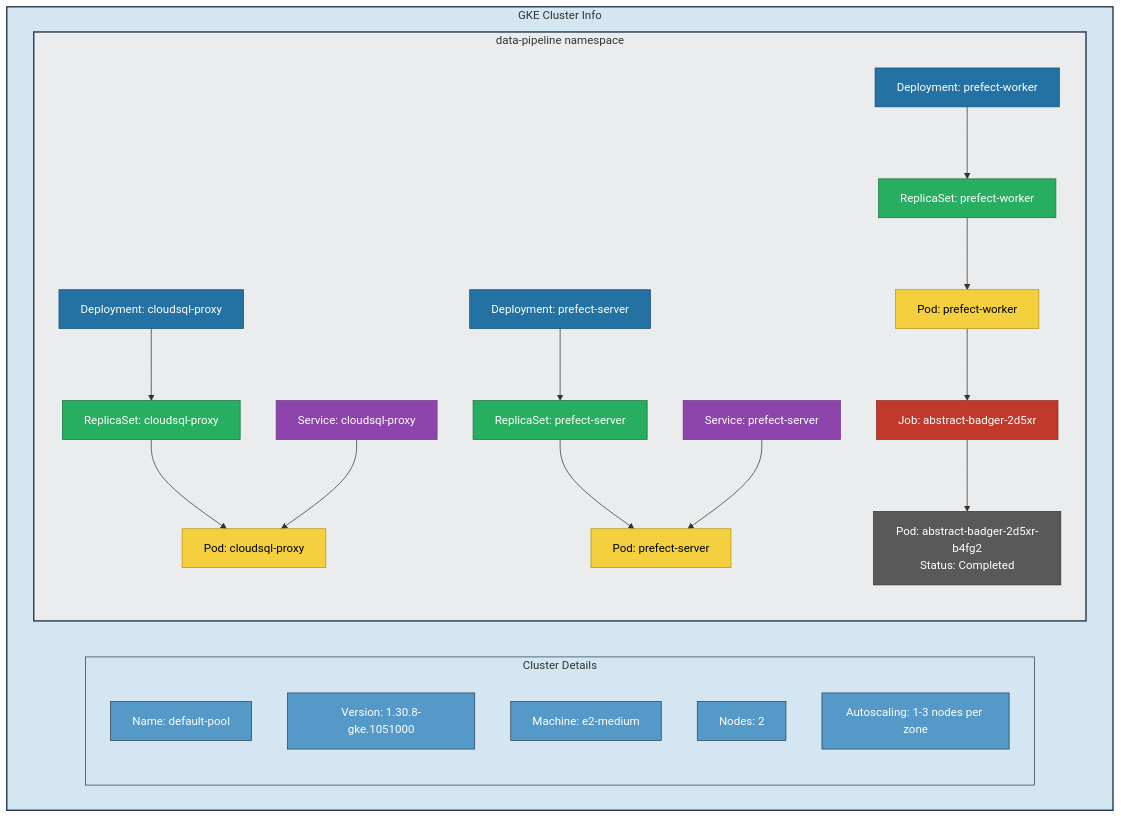
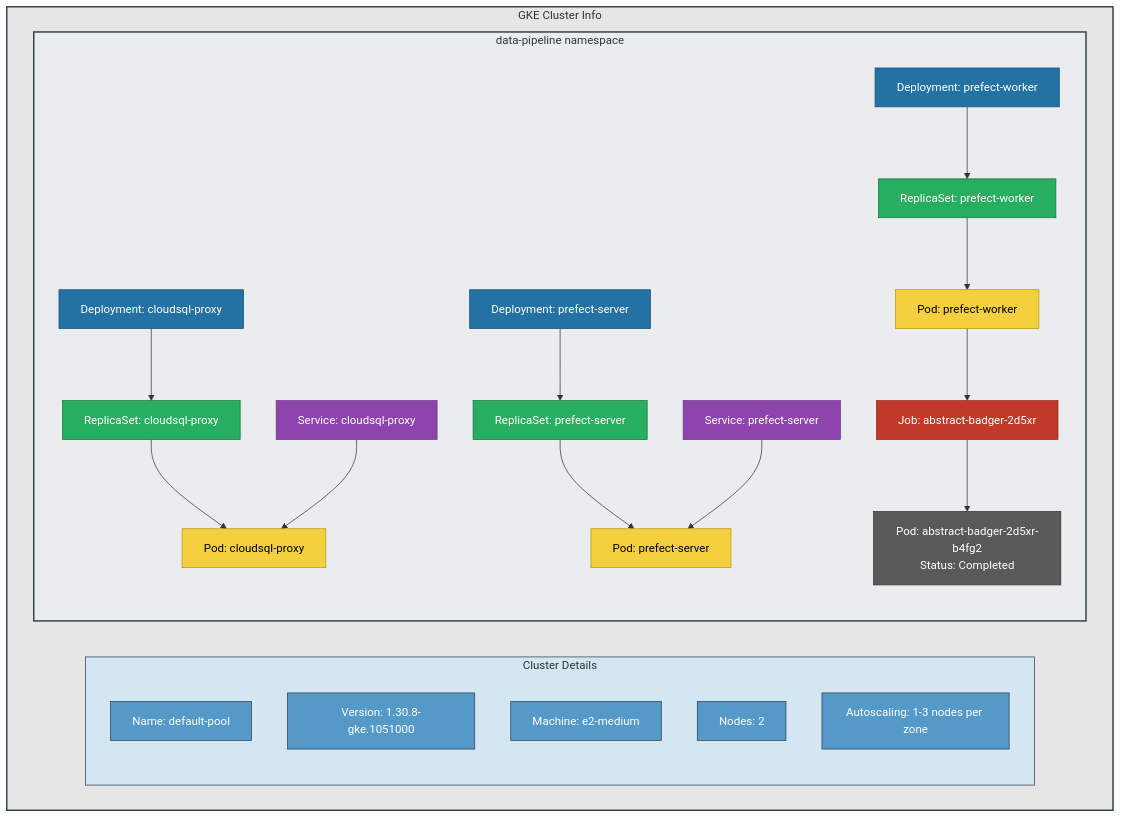
One commit to ero67/Cloud-Computing-Project changed the second of 2 diagrams in pipeline-project/docs/README.md. Above: the diagram before and after it, drawn with Mermaid.

Commit message:
background grey

````diff
--- a/pipeline-project/docs/README.md
+++ b/pipeline-project/docs/README.md
@@ -145,44 +145,44 @@
 ```mermaid
 graph TD
    subgraph GKE-Cluster[GKE Cluster Info]
        subgraph Cluster-Details[Cluster Details]
            CN[Name: default-pool]
            CV[Version: 1.30.8-gke.1051000]
            CM[Machine: e2-medium]
            CN2[Nodes: 2]
            CAS[Autoscaling: 1-3 nodes per zone]
        end
        subgraph Namespace[data-pipeline namespace]
            D1[Deployment: cloudsql-proxy] --> RS1[ReplicaSet: cloudsql-proxy]
            D2[Deployment: prefect-server] --> RS2[ReplicaSet: prefect-server]
            D3[Deployment: prefect-worker] --> RS3[ReplicaSet: prefect-worker]
            RS1 --> P1[Pod: cloudsql-proxy]
            RS2 --> P2[Pod: prefect-server]
            RS3 --> P3[Pod: prefect-worker]
            S1[Service: cloudsql-proxy] --> P1
            S2[Service: prefect-server] --> P2
            P3 --> J1[Job: abstract-badger-2d5xr]
            J1 --> FP1[Pod: abstract-badger-2d5xr-b4fg2\nStatus: Completed]
        end
    end
-   style GKE-Cluster fill:#d4e6f1,stroke:#2c3e50,stroke-width:2px
+   style GKE-Cluster fill:#e6e6e6,stroke:#2c3e50,stroke-width:2px
    style Cluster-Details fill:#d4e6f1,stroke:#2c3e50,stroke-width:1px
    style Namespace fill:#eaecee,stroke:#2c3e50,stroke-width:2px
 
-   %% Darker color scheme
+   
    classDef clusterInfo fill:#5499c7,stroke:#2c3e50,color:white
    classDef deployment fill:#2471a3,stroke:#1a5276,color:white
    classDef replicaset fill:#27ae60,stroke:#196f3d,color:white
    classDef pod fill:#f4d03f,stroke:#b7950b,color:black
    classDef service fill:#8e44ad,stroke:#6c3483,color:white
    classDef job fill:#c0392b,stroke:#922b21,color:white
    classDef completedPod fill:#595959,stroke:#333333,color:white
 
    class CN,CV,CM,CN2,CAS clusterInfo
    class D1,D2,D3 deployment
    class RS1,RS2,RS3 replicaset
    class P1,P2,P3 pod
    class S1,S2 service
    class J1 job
    class FP1 completedPod
 ```
````
